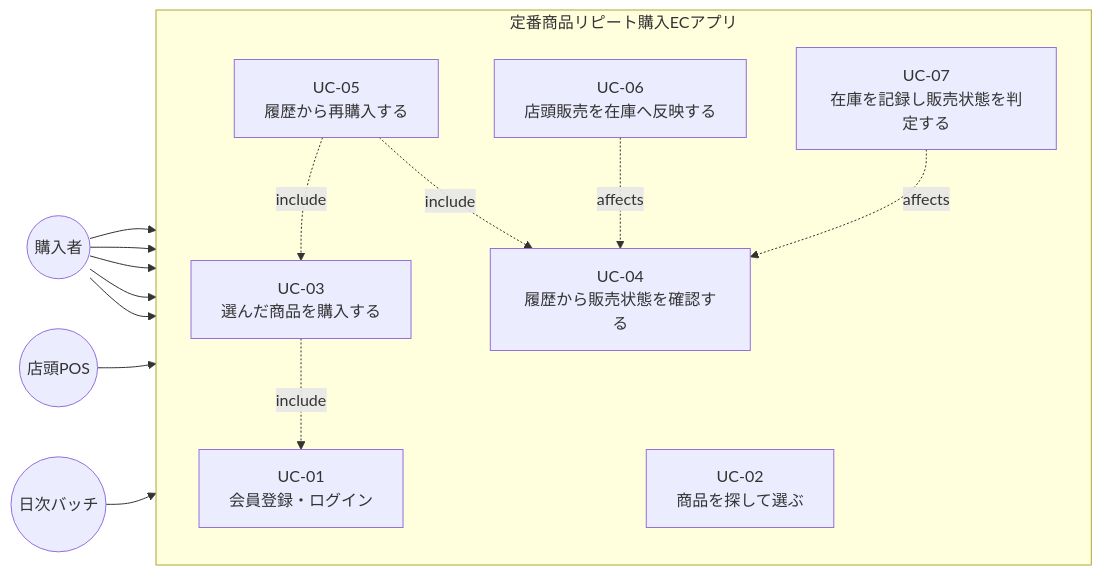
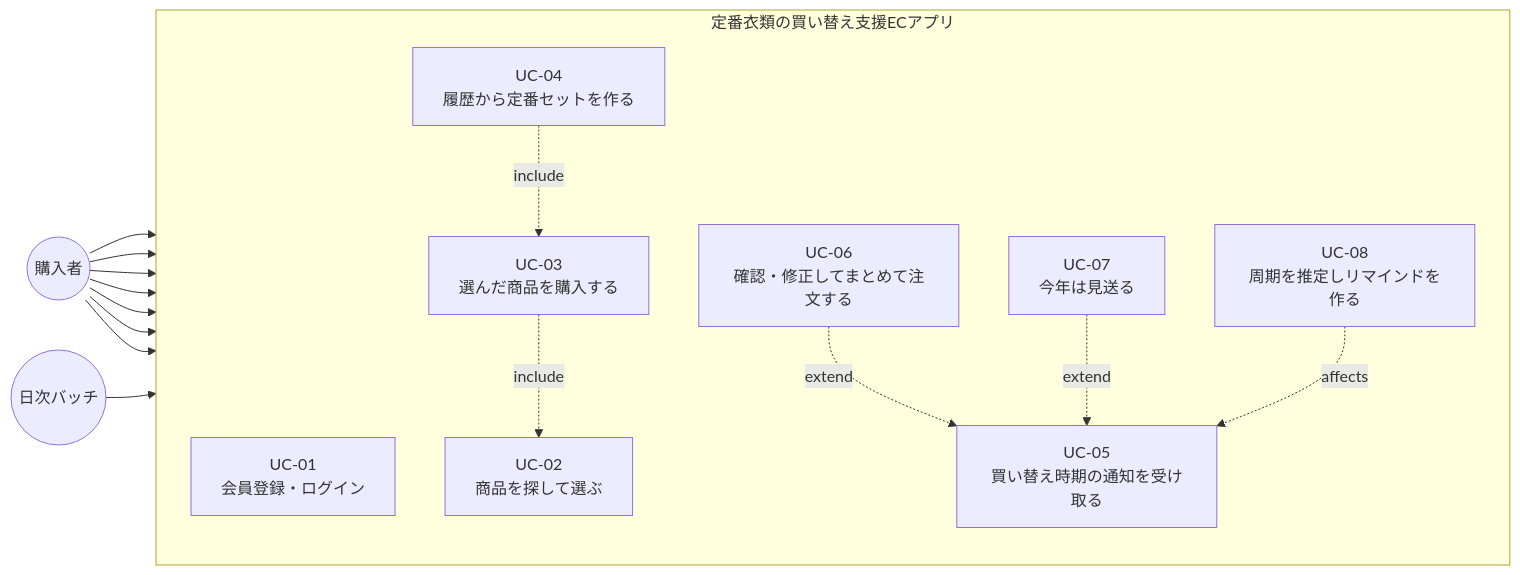
One commit to Nagaoka122/tech0-lv3-ec changed the second of 11 diagrams in 設計仕様書.md. Above: the diagram before and after it, drawn with Mermaid. The commit also changed other lines of this file and 3 other files, not shown here.

````diff
--- a/設計仕様書.md
+++ b/設計仕様書.md
@@ -62,30 +61,31 @@
 ```mermaid
 flowchart LR
     C(("購入者"))
-    P(("店頭POS"))
     B(("日次バッチ"))
 
-    subgraph SYS["定番商品リピート購入ECアプリ"]
+    subgraph SYS["定番衣類の買い替え支援ECアプリ"]
         direction TB
         UC1["UC-01<br/>会員登録・ログイン"]
         UC2["UC-02<br/>商品を探して選ぶ"]
         UC3["UC-03<br/>選んだ商品を購入する"]
-        UC4["UC-04<br/>履歴から販売状態を確認する"]
-        UC5["UC-05<br/>履歴から再購入する"]
-        UC6["UC-06<br/>店頭販売を在庫へ反映する"]
-        UC7["UC-07<br/>在庫を記録し販売状態を判定する"]
+        UC4["UC-04<br/>履歴から定番セットを作る"]
+        UC5["UC-05<br/>買い替え時期の通知を受け取る"]
+        UC6["UC-06<br/>確認・修正してまとめて注文する"]
+        UC7["UC-07<br/>今年は見送る"]
+        UC8["UC-08<br/>周期を推定しリマインドを作る"]
     end
 
     C --> UC1
     C --> UC2
     C --> UC3
     C --> UC4
     C --> UC5
-    P --> UC6
-    B --> UC7
-    UC3 -.->|include| UC1
-    UC5 -.->|include| UC4
-    UC5 -.->|include| UC3
-    UC6 -.->|affects| UC4
-    UC7 -.->|affects| UC4
+    C --> UC6
+    C --> UC7
+    B --> UC8
+    UC3 -.->|include| UC2
+    UC4 -.->|include| UC3
+    UC6 -.->|extend| UC5
+    UC7 -.->|extend| UC5
+    UC8 -.->|affects| UC5
 ```
````
